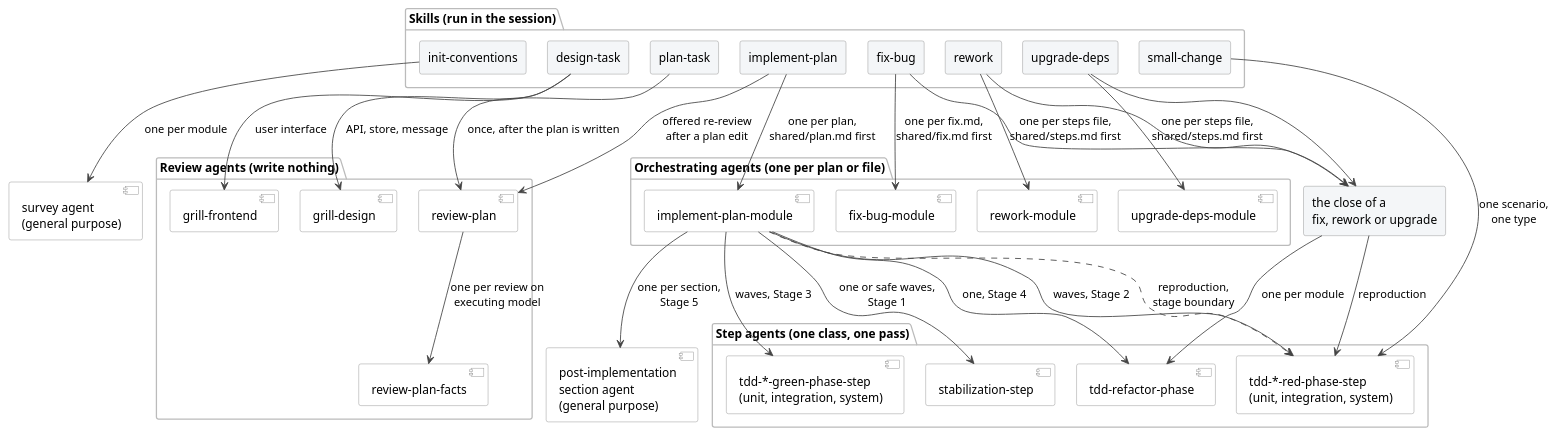
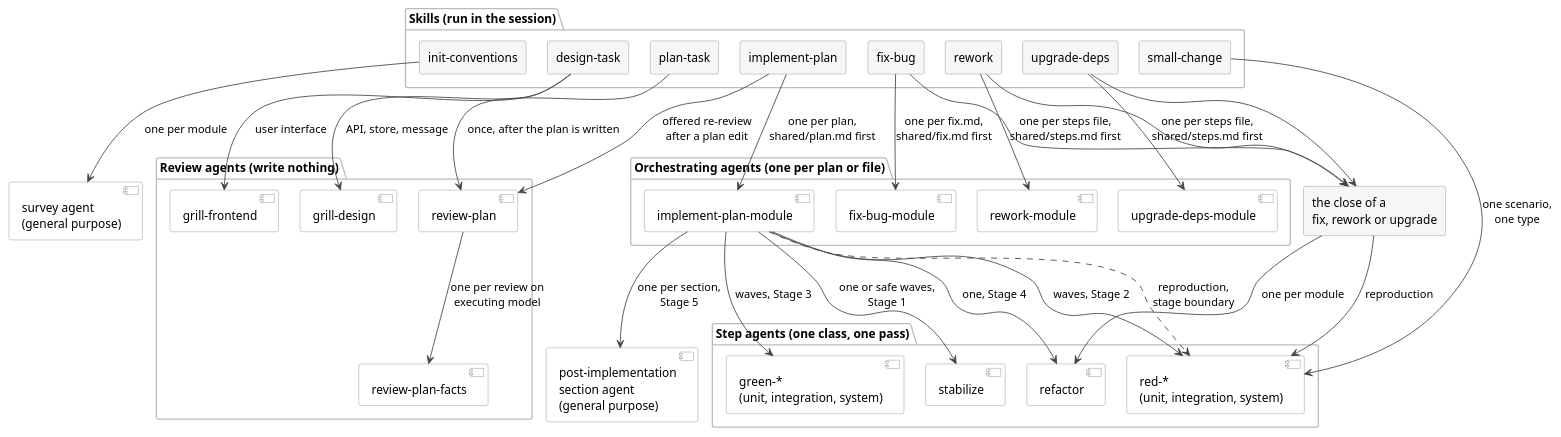
The diagram in docs/diagrams/agents.puml (ds-usova/tdd-sdlc), drawn with PlantUML before and after one commit. The commit also changed 34 other files, not shown here.

```diff
--- a/docs/diagrams/agents.puml
+++ b/docs/diagrams/agents.puml
@@ -1,85 +1,85 @@
 @startuml agents
 skinparam defaultFontName Helvetica
 skinparam shadowing false
 skinparam ArrowColor #444
 skinparam nodesep 25
 skinparam ranksep 90
 skinparam rectangle {
   BackgroundColor #F4F6F8
   BorderColor #888
 }
 skinparam component {
   BackgroundColor #FFFFFF
   BorderColor #888
 }
 skinparam package {
   BackgroundColor #FFFFFF
   BorderColor #BBB
 }
 top to bottom direction
 
 package "Skills (run in the session)" {
   rectangle "init-conventions" as IC
   rectangle "design-task" as DT
   rectangle "plan-task" as PT
   rectangle "implement-plan" as IP
   rectangle "fix-bug" as FB
   rectangle "rework" as RW
   rectangle "upgrade-deps" as UD
   rectangle "small-change" as SC
 }
 
 component "survey agent\n(general purpose)" as SV
 
 package "Review agents (write nothing)" {
   component "grill-design" as GD
   component "grill-frontend" as GF
   component "review-plan" as RP
   component "review-plan-facts" as RPF
 }
 
 package "Orchestrating agents (one per plan or file)" {
   component "implement-plan-module" as IPM
   component "fix-bug-module" as FBM
   component "rework-module" as RWM
   component "upgrade-deps-module" as UDM
 }
 
 rectangle "the close of a\nfix, rework or upgrade" as CLOSE
 
 package "Step agents (one class, one pass)" {
-  component "stabilization-step" as ST
-  component "tdd-*-red-phase-step\n(unit, integration, system)" as RED
-  component "tdd-*-green-phase-step\n(unit, integration, system)" as GREEN
-  component "tdd-refactor-phase" as RF
+  component "stabilize" as ST
+  component "red-*\n(unit, integration, system)" as RED
+  component "green-*\n(unit, integration, system)" as GREEN
+  component "refactor" as RF
 }
 
 component "post-implementation\nsection agent\n(general purpose)" as PI
 
 IC --> SV : one per module
 DT --> GF : user interface
 DT --> GD : API, store, message
 PT --> RP : once, after the plan is written
 IP --> RP : offered re-review\nafter a plan edit
 RP --> RPF : one per review on\nexecuting model
 
 IP --> IPM : one per plan,\nshared/plan.md first
 FB --> FBM : one per fix.md,\nshared/fix.md first
 RW --> RWM : one per steps file,\nshared/steps.md first
 UD --> UDM : one per steps file,\nshared/steps.md first
 
 IPM --> ST : one or safe waves,\nStage 1
 IPM --> RED : waves, Stage 2
 IPM --> GREEN : waves, Stage 3
 IPM --> RF : one, Stage 4
 IPM --> PI : one per section,\nStage 5
 IPM ..> RED : reproduction,\nstage boundary
 
 FB --> CLOSE
 RW --> CLOSE
 UD --> CLOSE
 CLOSE --> RF : one per module
 CLOSE --> RED : reproduction
 
 SC --> RED : one scenario,\none type
 @enduml
```
